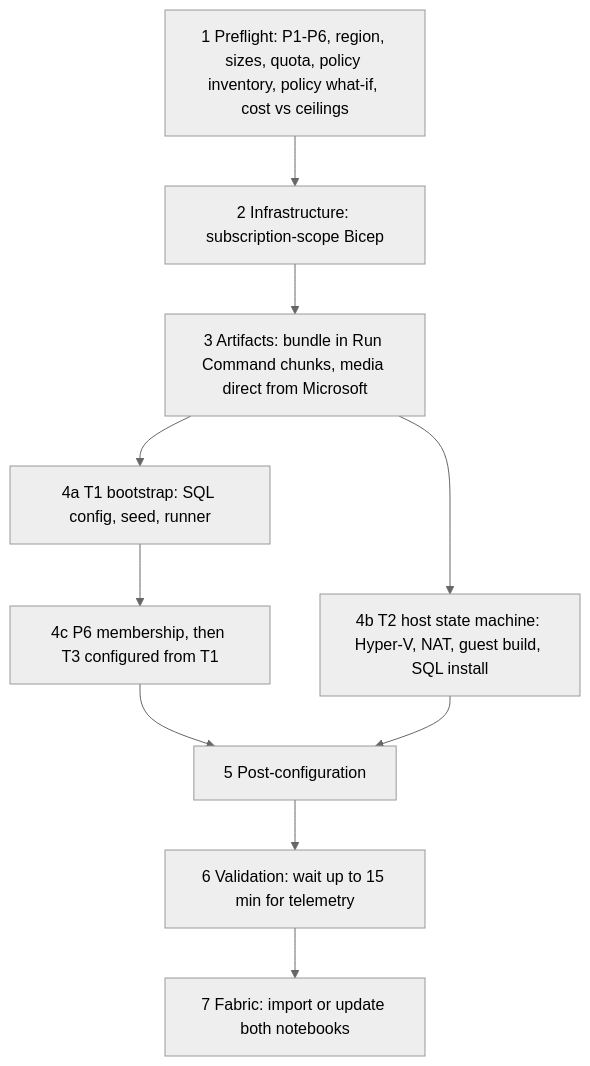
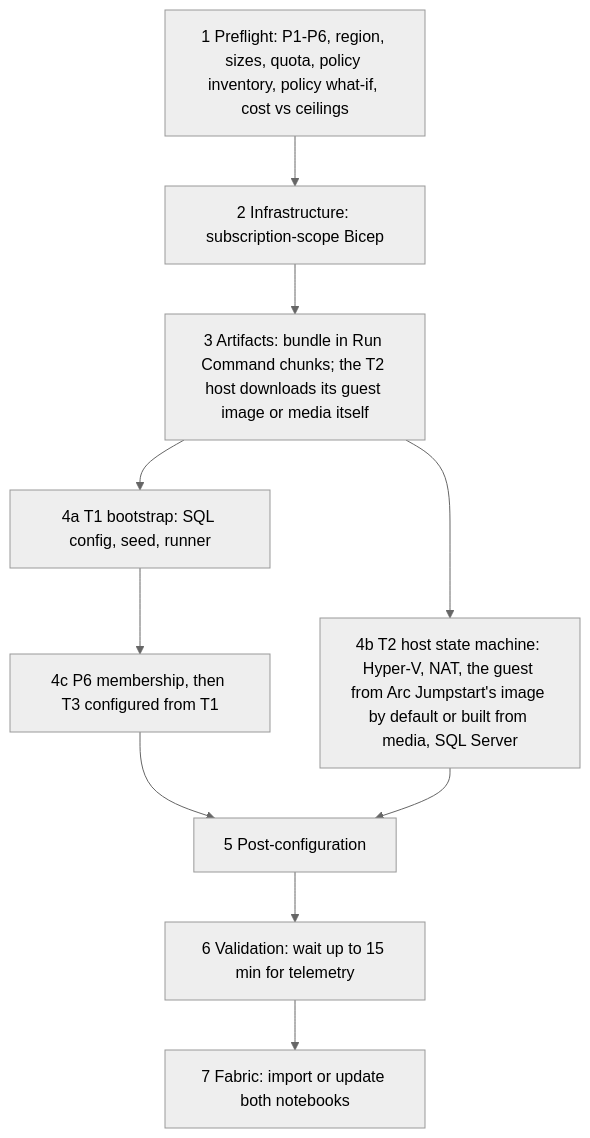
One commit to MarcBushong/fabric-database-hub-demo changed the second of 4 diagrams in docs/architecture.md. Above: the diagram before and after it, drawn with Mermaid (neutral theme). The commit also changed other lines of this file and 76 other files, not shown here.

````diff
--- a/docs/architecture.md
+++ b/docs/architecture.md
@@ -114,12 +116,12 @@
 ```mermaid
 flowchart TD
   S1["1 Preflight: P1-P6, region, sizes, quota, policy inventory, policy what-if, cost vs ceilings"] --> S2["2 Infrastructure: subscription-scope Bicep"]
-  S2 --> S3["3 Artifacts: bundle in Run Command chunks, media direct from Microsoft"]
+  S2 --> S3["3 Artifacts: bundle in Run Command chunks; the T2 host downloads its guest image or media itself"]
   S3 --> S4A["4a T1 bootstrap: SQL config, seed, runner"]
-  S3 --> S4B["4b T2 host state machine: Hyper-V, NAT, guest build, SQL install"]
+  S3 --> S4B["4b T2 host state machine: Hyper-V, NAT, the guest from Arc Jumpstart's image by default or built from media, SQL Server"]
   S4A --> S4C["4c P6 membership, then T3 configured from T1"]
   S4C --> S5["5 Post-configuration"]
   S4B --> S5
   S5 --> S6["6 Validation: wait up to 15 min for telemetry"]
   S6 --> S7["7 Fabric: import or update both notebooks"]
 ```
````
